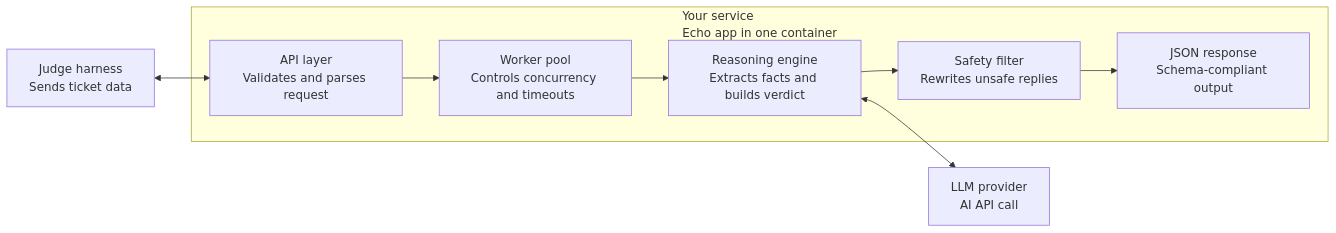
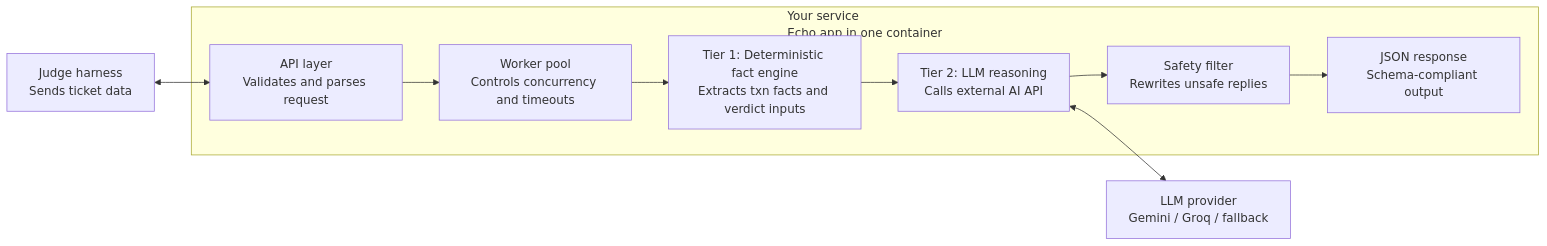
The diagram in queuestorm-echo/README.md (amisadman/QueueStorm), drawn with Mermaid before and after one commit. The commit also changed other lines of this file and 1 other file, not shown here.

Commit message:
Update Echo and FastAPI READMEs

````diff
--- a/queuestorm-echo/README.md
+++ b/queuestorm-echo/README.md
@@ -8,17 +8,19 @@
 ```mermaid
 flowchart LR
     J[Judge harness<br/>Sends ticket data] <--> A[API layer<br/>Validates and parses request]
     A --> Q[Worker pool<br/>Controls concurrency and timeouts]
-    Q --> R[Reasoning engine<br/>Extracts facts and builds verdict]
-    R <--> L[LLM provider<br/>AI API call]
-    R --> S[Safety filter<br/>Rewrites unsafe replies]
+    Q --> T1[Tier 1: Deterministic fact engine<br/>Extracts txn facts and verdict inputs]
+    T1 --> T2[Tier 2: LLM reasoning<br/>Calls external AI API]
+    T2 <--> L[LLM provider<br/>Gemini / Groq / fallback]
+    T2 --> S[Safety filter<br/>Rewrites unsafe replies]
     S --> O[JSON response<br/>Schema-compliant output]
 
     subgraph T["Your service<br/>Echo app in one container"]
         A
         Q
-        R
+        T1
+        T2
         S
         O
     end
 ```
````
